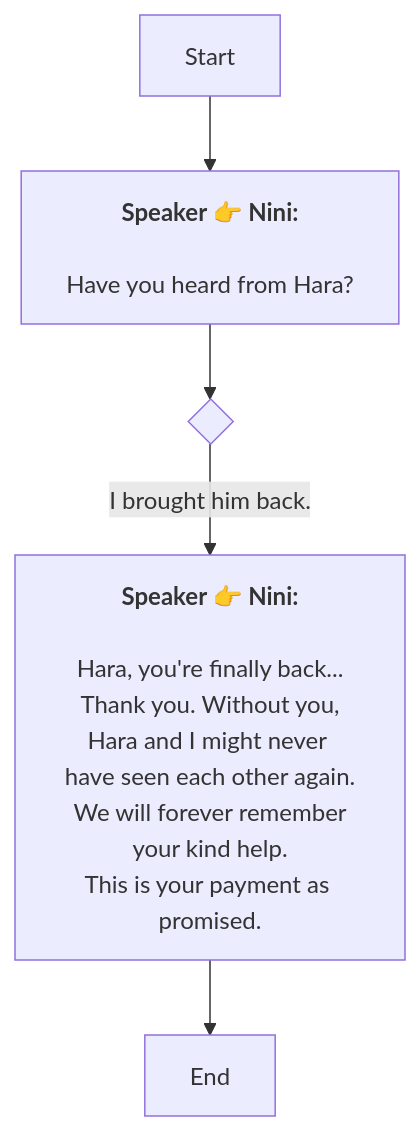
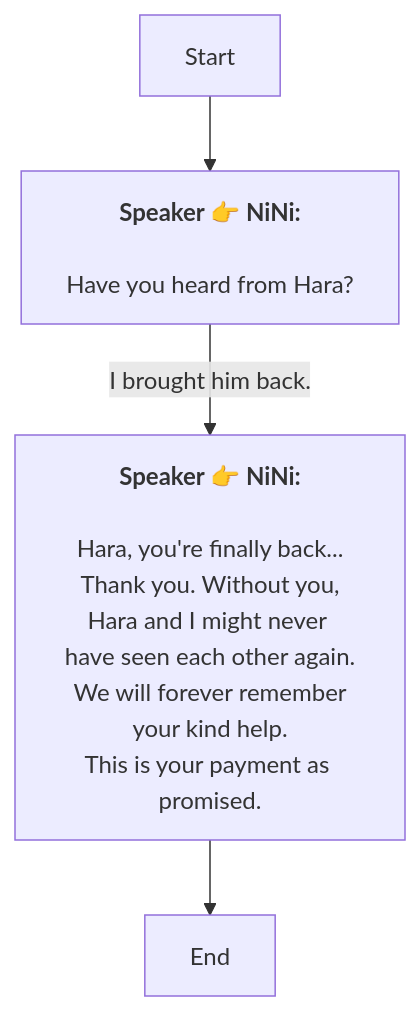
Before and after one commit to SoftHu/tos_avg: the diagram in En/QuestTalkObjectiveNode_1770750334383150.md, drawn with Mermaid. The commit also changed 737 other files, not shown here.

````diff
--- a/En/QuestTalkObjectiveNode_1770750334383150.md
+++ b/En/QuestTalkObjectiveNode_1770750334383150.md
@@ -1,17 +1,11 @@
 ```mermaid
 graph
-Start -->1770750449820772[<b>Speaker 👉 Nini:</b>
-
-Have you heard from Hara?]
-1770750449820772 -->1770750449822824{ }
-1770750449822824 -->|I brought him back.|1770750449825899[<b>Speaker 👉 Nini:</b>
-
-Hara, you're finally back...
-Thank you. Without you,
-Hara and I might never have seen each other again.
-We will forever remember
-your kind help.
-This is your payment as promised.]
+Start -->1770750449820772[<b>Speaker 👉 NiNi:</b>
+\nHave you heard from Hara?]
+1770750449820772 -->|I brought him back.|1770750449825899[<b>Speaker 👉 NiNi:</b>
+\nHara, you're finally back...\nThank you. Without you,
+Hara and I might never have seen each other again.\nWe will forever remember
+your kind help.\nThis is your payment as promised.]
 1770750449825899 -->1770750449825900[End]
 
- ```
+```
````
